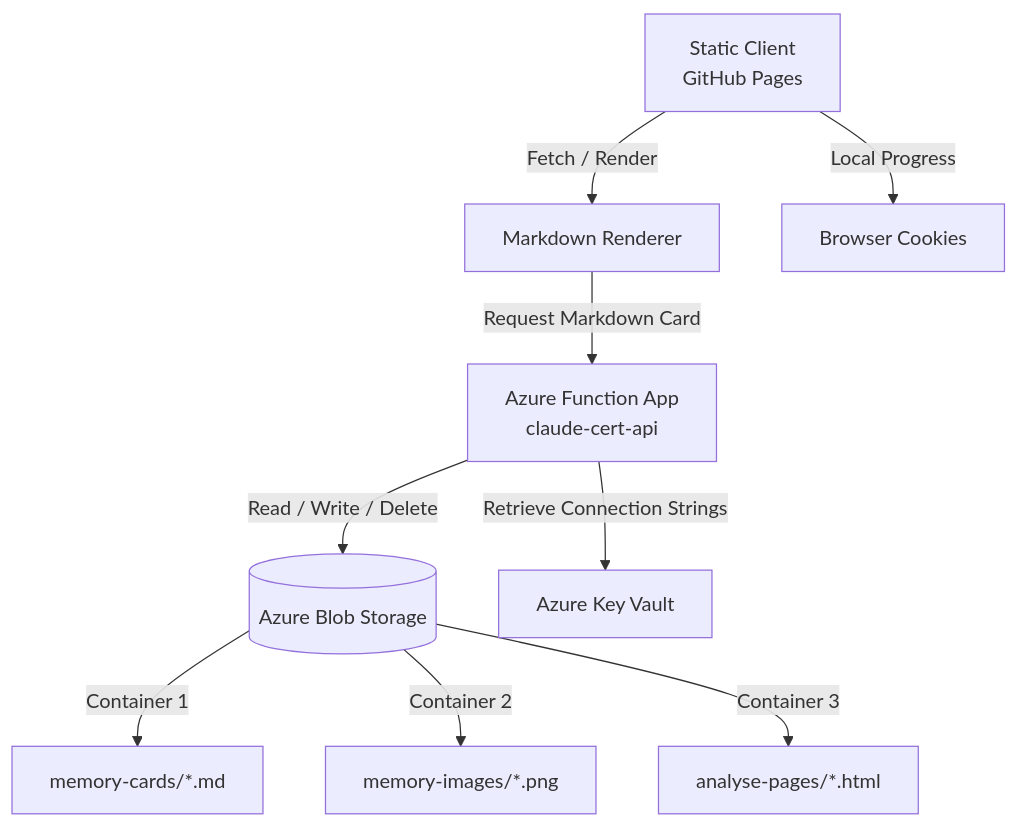
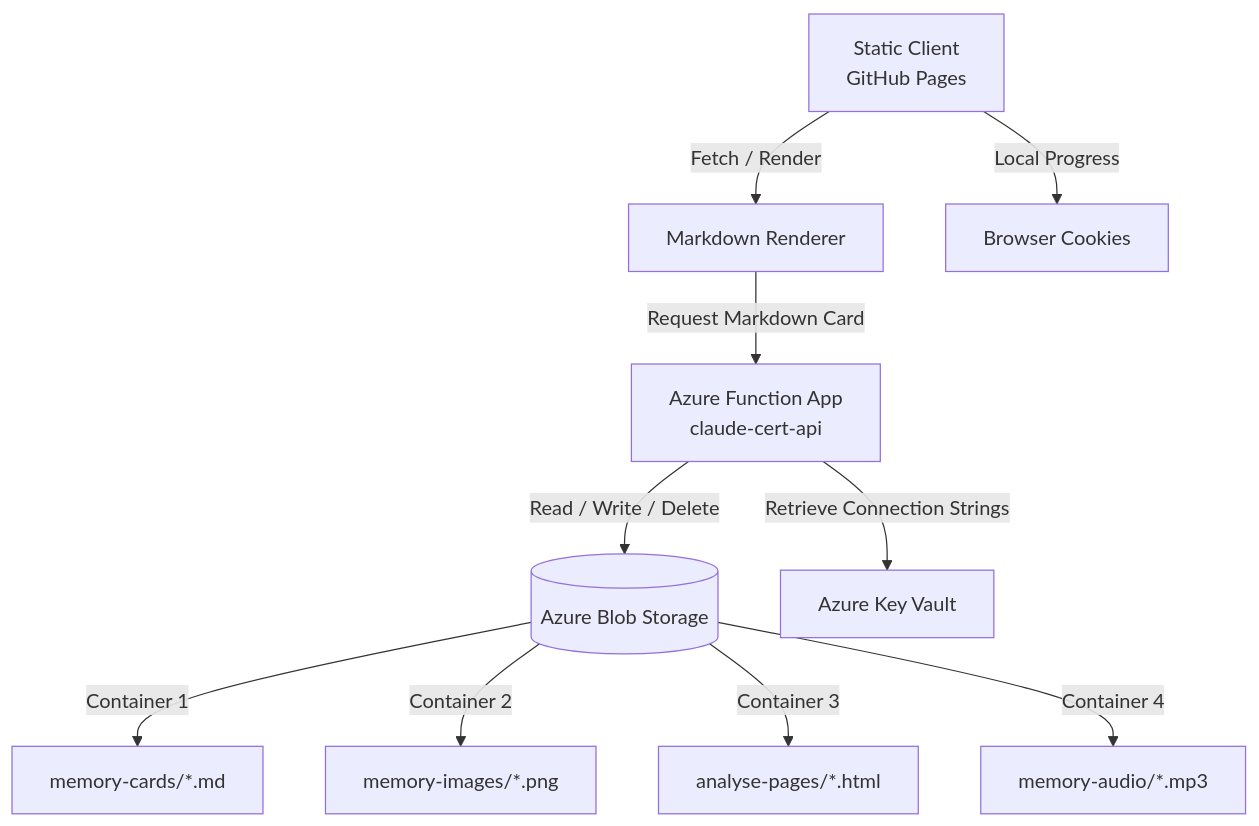
One commit to rifaterdemsahin/claude_certification_exam changed the diagram in 2_Environment/azure.md. Above: the diagram before and after it, drawn with Mermaid. The commit also changed other lines of this file and 3 other files, not shown here.

````diff
--- a/2_Environment/azure.md
+++ b/2_Environment/azure.md
@@ -11,14 +11,15 @@
 ```mermaid
 graph TD
     Client[Static Client<br/>GitHub Pages] -->|Fetch / Render| Render[Markdown Renderer]
     Client -->|Local Progress| Cookies[Browser Cookies]
     
     Render -->|Request Markdown Card| AzAPI[Azure Function App<br/>claude-cert-api]
     AzAPI -->|Read / Write / Delete| AzBlob[(Azure Blob Storage)]
     
     AzBlob -->|Container 1| BlobCards[memory-cards/*.md]
     AzBlob -->|Container 2| BlobImages[memory-images/*.png]
     AzBlob -->|Container 3| BlobAnalyse[analyse-pages/*.html]
+    AzBlob -->|Container 4| BlobAudio[memory-audio/*.mp3]
     
     AzAPI -->|Retrieve Connection Strings| AzKV[Azure Key Vault]
 ```
````
